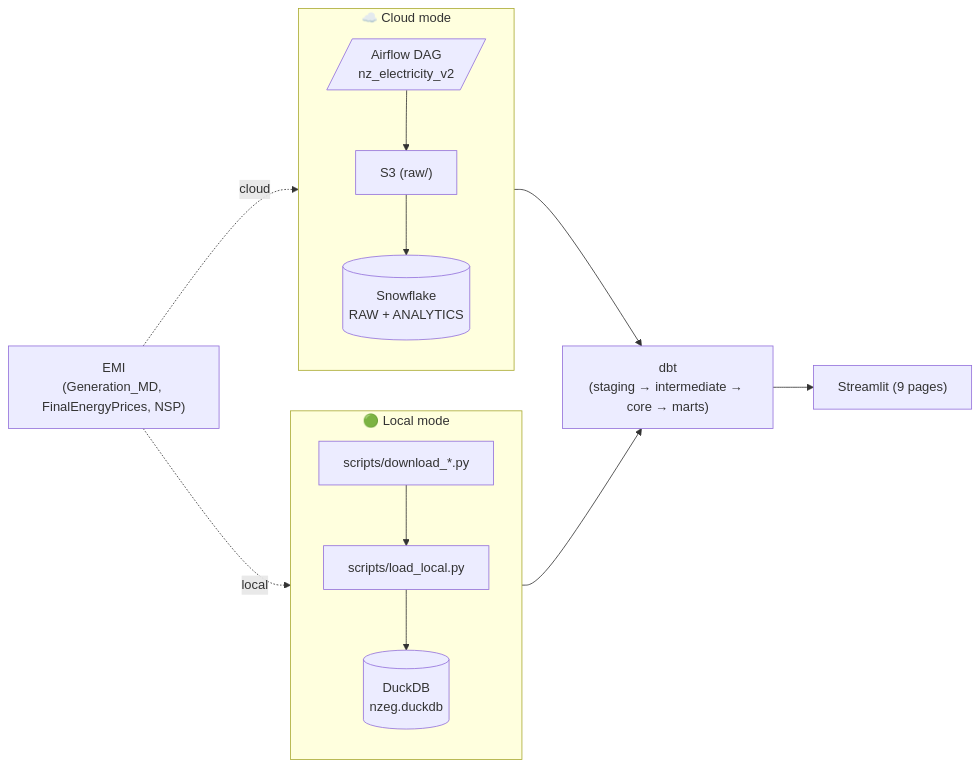
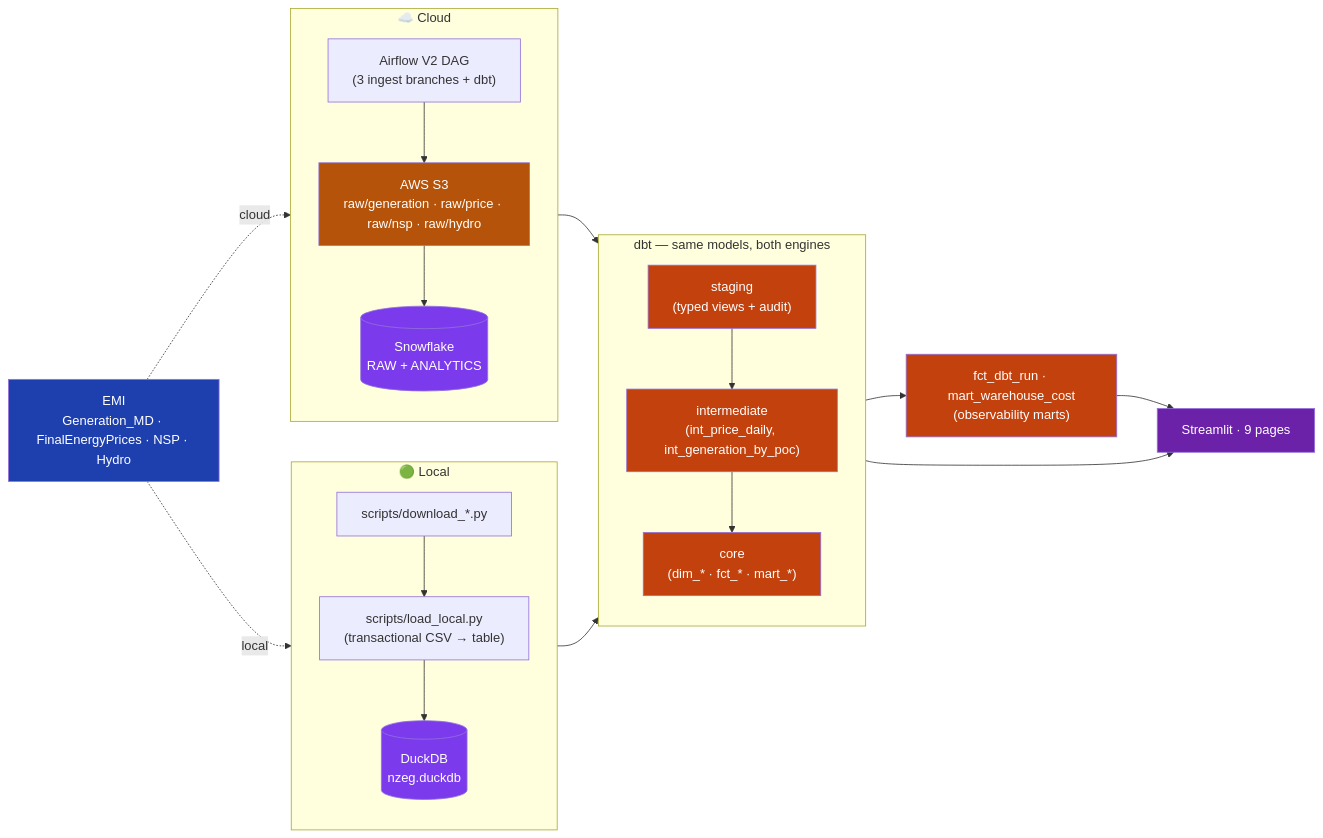
One commit to gaoxinglin/nz-electricity-generation-batch-pipeline changed the diagram in README.md. Above: the diagram before and after it, drawn with Mermaid. The commit also changed other lines of this file, not shown here.

Commit message:
feat(readme): Update README for cross-warehouse ELT pipeline and enhance documentation

````diff
--- a/README.md
+++ b/README.md
@@ -51,26 +65,49 @@
 ```mermaid
 flowchart LR
-    EMI["EMI<br/>(Generation_MD, FinalEnergyPrices, NSP)"]
+    EMI["EMI<br/>Generation_MD · FinalEnergyPrices · NSP · Hydro"]
 
-    subgraph local["🟢 Local mode"]
+    subgraph LOCAL["🟢 Local"]
       direction TB
-      DLscripts["scripts/download_*.py"]
-      DLload["scripts/load_local.py"]
+      DLS["scripts/download_*.py"]
+      LOAD["scripts/load_local.py<br/>(transactional CSV → table)"]
       DUCK[("DuckDB<br/>nzeg.duckdb")]
     end
 
-    subgraph cloud["☁️ Cloud mode"]
+    subgraph CLOUD["☁️ Cloud"]
       direction TB
-      AF[/"Airflow DAG<br/>nz_electricity_v2"/]
-      S3["S3 (raw/)"]
+      AF["Airflow V2 DAG<br/>(3 ingest branches + dbt)"]
+      S3["AWS S3<br/>raw/generation · raw/price · raw/nsp · raw/hydro"]
       SF[("Snowflake<br/>RAW + ANALYTICS")]
     end
 
-    EMI -.local.-> DLscripts --> DLload --> DUCK
+    EMI -.local.-> DLS --> LOAD --> DUCK
     EMI -.cloud.-> AF --> S3 --> SF
 
-    DBT["dbt<br/>(staging → intermediate → core → marts)"]
-    DUCK --> DBT
-    SF --> DBT
-    DBT --> ST["Streamlit (9 pages)"]
+    subgraph DBT["dbt — same models, both engines"]
+      direction TB
+      STG["staging<br/>(typed views + audit)"]
+      INT["intermediate<br/>(int_price_daily, int_generation_by_poc)"]
+      CORE["core<br/>(dim_* · fct_* · mart_*)"]
+    end
+
+    DUCK --> STG
+    SF --> STG
+    STG --> INT --> CORE
+
+    OBS["fct_dbt_run · mart_warehouse_cost<br/>(observability marts)"]
+    ST["Streamlit · 9 pages"]
+    CORE --> ST
+    CORE --> OBS
+    OBS --> ST
+
+    classDef src fill:#1e40af,color:#fff
+    classDef store fill:#b45309,color:#fff
+    classDef warehouse fill:#7c3aed,color:#fff
+    classDef dbt fill:#c2410c,color:#fff
+    classDef view fill:#6b21a8,color:#fff
+    class EMI src
+    class S3 store
+    class DUCK,SF warehouse
+    class STG,INT,CORE,OBS dbt
+    class ST view
 ```
````
